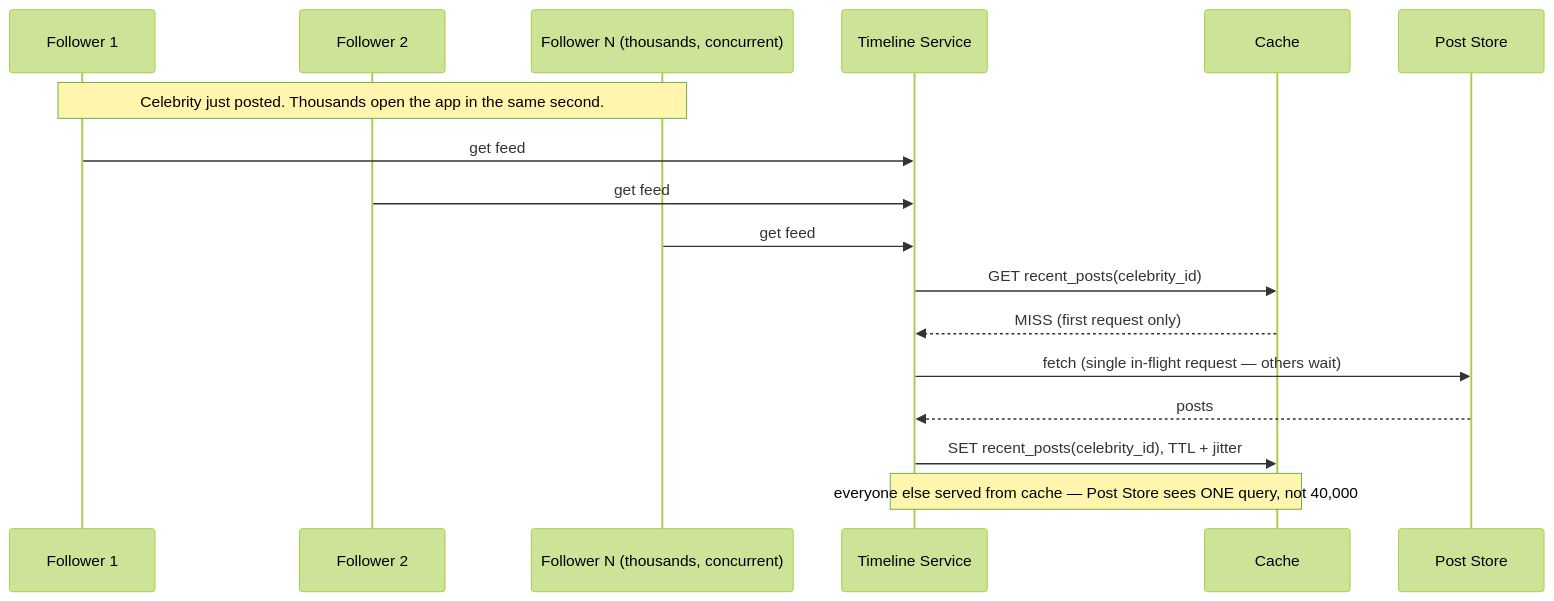
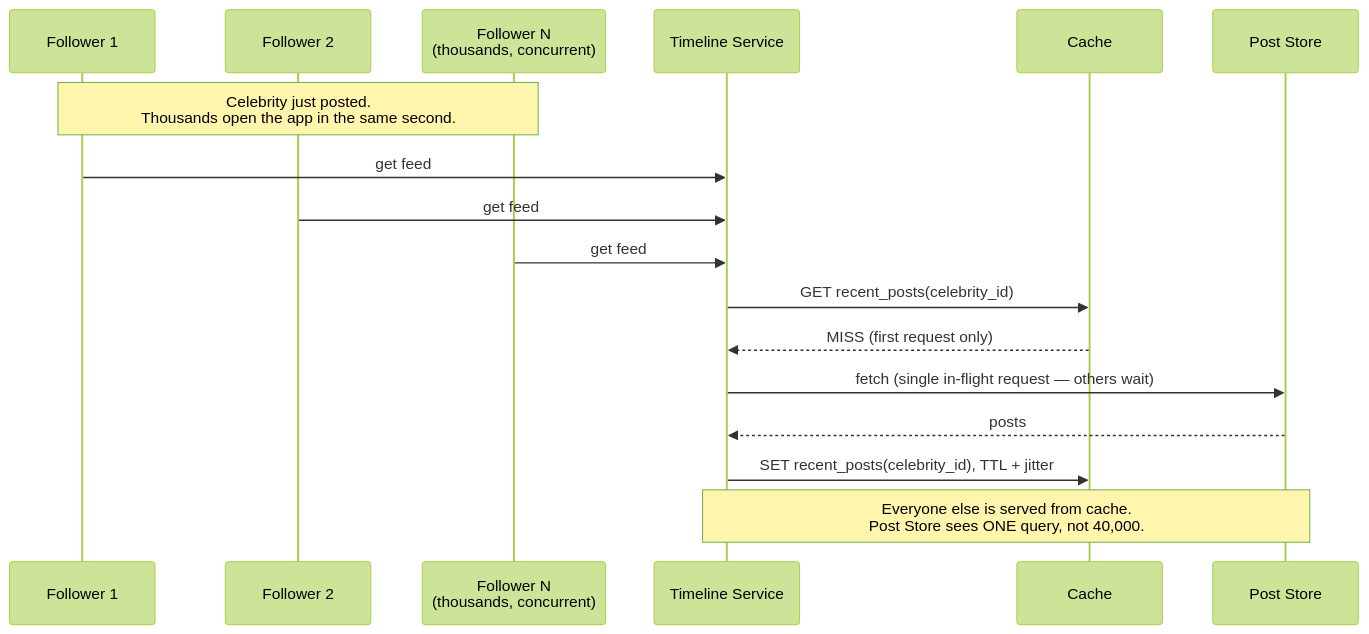
The seventh of 13 diagrams in system-design/HLD/0-course/33-Design-Instagram-FAANG-Guide-story.md (riyaz-pasha/Learnings), drawn with Mermaid (forest theme) before and after one commit. The commit also changed other lines of this file and 5 other files, not shown here.

Commit message:
[REWRITE] Design Newsfeed story guide: simplify prose, add structure, fix diagrams

````diff
--- a/system-design/HLD/0-course/33-Design-Instagram-FAANG-Guide-story.md
+++ b/system-design/HLD/0-course/33-Design-Instagram-FAANG-Guide-story.md
@@ -180,20 +433,20 @@
 ```mermaid
 sequenceDiagram
     participant U1 as Follower 1
     participant U2 as Follower 2
-    participant Un as Follower N (thousands, concurrent)
+    participant Un as Follower N<br/>(thousands, concurrent)
     participant TS as Timeline Service
     participant Cache as Cache
     participant PS as Post Store
 
-    Note over U1,Un: Celebrity just posted. Thousands open the app in the same second.
+    Note over U1,Un: Celebrity just posted.<br/>Thousands open the app in the same second.
     U1->>TS: get feed
     U2->>TS: get feed
     Un->>TS: get feed
     TS->>Cache: GET recent_posts(celebrity_id)
     Cache-->>TS: MISS (first request only)
     TS->>PS: fetch (single in-flight request — others wait)
     PS-->>TS: posts
     TS->>Cache: SET recent_posts(celebrity_id), TTL + jitter
-    Note over TS,Cache: everyone else served from cache — Post Store sees ONE query, not 40,000
+    Note over TS,PS: Everyone else is served from cache.<br/>Post Store sees ONE query, not 40,000.
 ```
````
